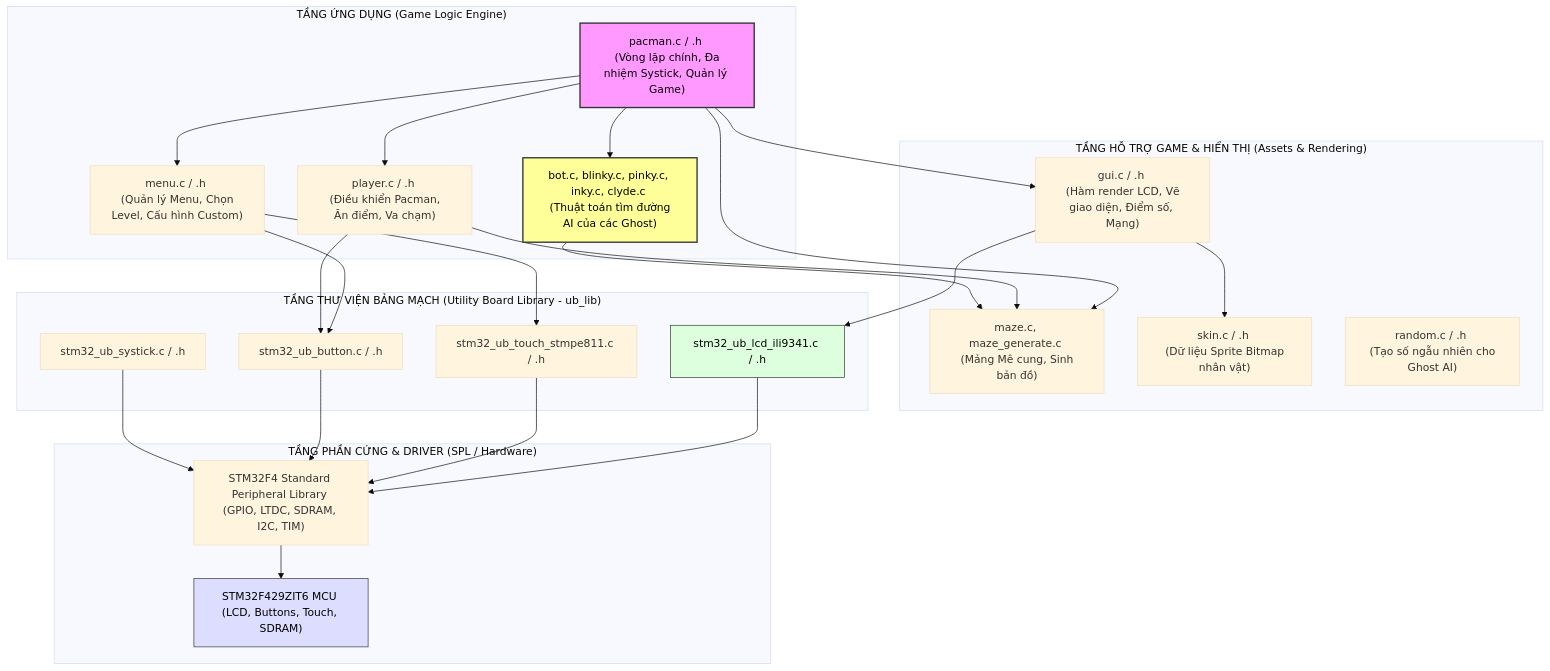
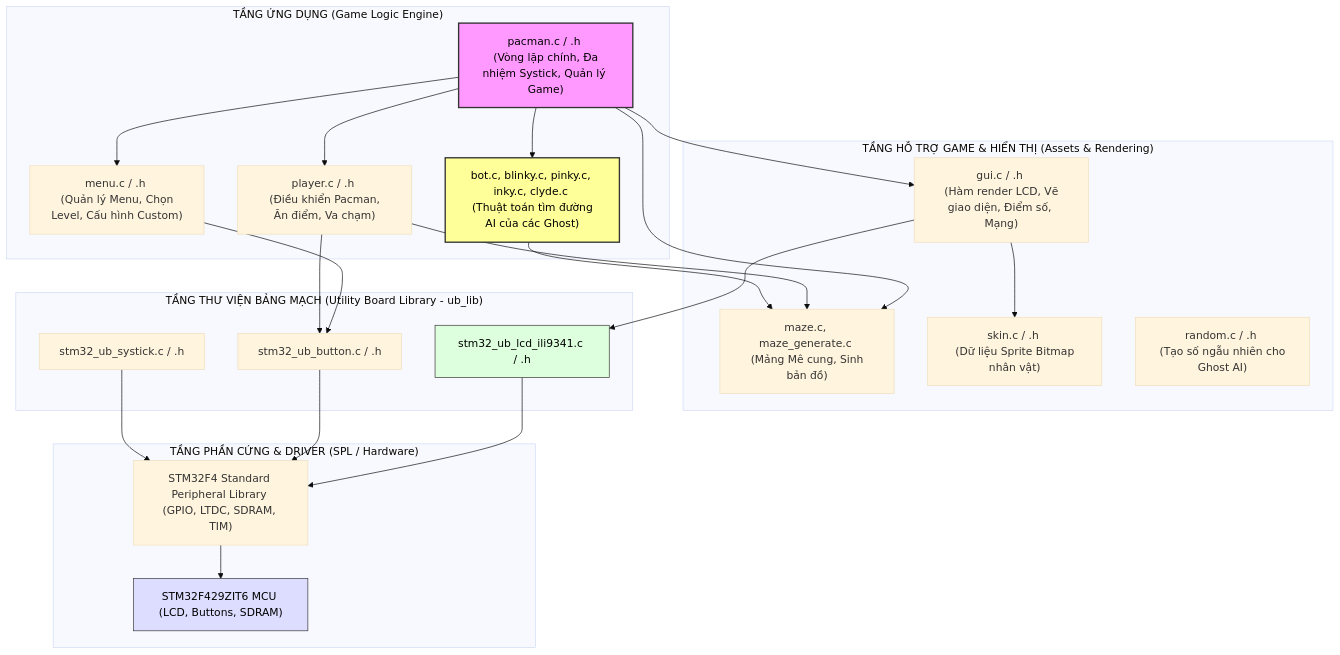
The second of 2 diagrams in Report.md (Tin61205/Embedded_Final_Prj_20252), drawn with Mermaid (base theme) before and after one commit. The commit also changed other lines of this file and 108 other files, not shown here.

````diff
--- a/Report.md
+++ b/Report.md
@@ -142,44 +141,43 @@
 ```mermaid
 graph TD
     subgraph "TẦNG ỨNG DỤNG (Game Logic Engine)"
         PacmanCore["pacman.c / .h <br> (Vòng lặp chính, Đa nhiệm Systick, Quản lý Game)"]
         PlayerControl["player.c / .h <br> (Điều khiển Pacman, Ăn điểm, Va chạm)"]
         GhostAI["bot.c, blinky.c, pinky.c, inky.c, clyde.c <br> (Thuật toán tìm đường AI của các Ghost)"]
         GameMenu["menu.c / .h <br> (Quản lý Menu, Chọn Level, Cấu hình Custom)"]
     end
 
     subgraph "TẦNG HỖ TRỢ GAME & HIỂN THỊ (Assets & Rendering)"
         MazeManager["maze.c, maze_generate.c <br> (Mảng Mê cung, Sinh bản đồ)"]
         GUIRender["gui.c / .h <br> (Hàm render LCD, Vẽ giao diện, Điểm số, Mạng)"]
         SkinSprites["skin.c / .h <br> (Dữ liệu Sprite Bitmap nhân vật)"]
         RandomGen["random.c / .h <br> (Tạo số ngẫu nhiên cho Ghost AI)"]
     end
 
     subgraph "TẦNG THƯ VIỆN BẢNG MẠCH (Utility Board Library - ub_lib)"
         UB_LCD["stm32_ub_lcd_ili9341.c / .h"]
-        UB_Touch["stm32_ub_touch_stmpe811.c / .h"]
         UB_Button["stm32_ub_button.c / .h"]
         UB_Systick["stm32_ub_systick.c / .h"]
     end
 
     subgraph "TẦNG PHẦN CỨNG & DRIVER (SPL / Hardware)"
-        SPL["STM32F4 Standard Peripheral Library (GPIO, LTDC, SDRAM, I2C, TIM)"]
-        Hardware["STM32F429ZIT6 MCU (LCD, Buttons, Touch, SDRAM)"]
+        SPL["STM32F4 Standard Peripheral Library (GPIO, LTDC, SDRAM, TIM)"]
+        Hardware["STM32F429ZIT6 MCU (LCD, Buttons, SDRAM)"]
     end
 
     %% Mối liên kết giữa các tầng
     PacmanCore --> PlayerControl & GhostAI & GameMenu
     PacmanCore --> MazeManager & GUIRender
     PlayerControl & GhostAI --> MazeManager
     GUIRender --> SkinSprites & UB_LCD
-    GameMenu --> UB_Touch & UB_Button
+    GameMenu --> UB_Button
     PlayerControl --> UB_Button
     
-    UB_LCD & UB_Touch & UB_Button & UB_Systick --> SPL
+    UB_LCD & UB_Button & UB_Systick --> SPL
     SPL --> Hardware
     
     style PacmanCore fill:#f9f,stroke:#333,stroke-width:2px,color:#000
     style GhostAI fill:#ff9,stroke:#333,stroke-width:2px,color:#000
     style UB_LCD fill:#dfd,stroke:#333,color:#000
     style Hardware fill:#ddf,stroke:#333,color:#000
 ```
````
